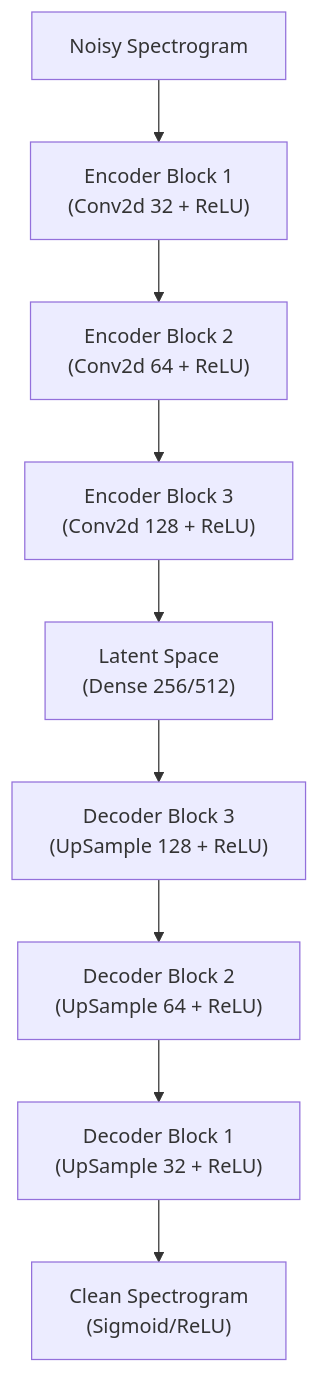
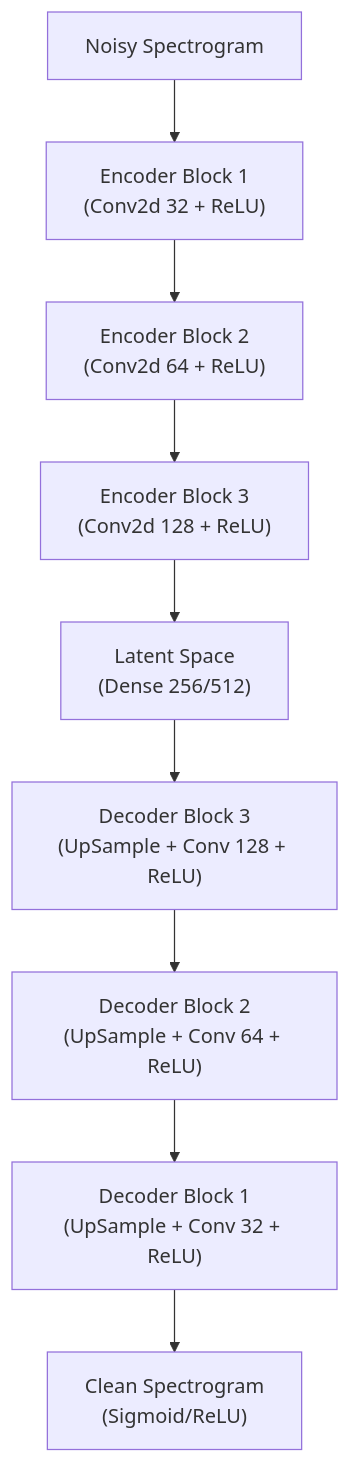
Before and after one commit to paulmziegler/BioCPPNet: the diagram in docs/BioCPPNet/Model_DAE.md, drawn with Mermaid. The commit also changed other lines of this file and 4 other files, not shown here.

````diff
--- a/docs/BioCPPNet/Model_DAE.md
+++ b/docs/BioCPPNet/Model_DAE.md
@@ -13,11 +13,11 @@
 ```mermaid
 flowchart TD
     Input["Noisy Spectrogram"] --> Enc1["Encoder Block 1<br>(Conv2d 32 + ReLU)"]
     Enc1 --> Enc2["Encoder Block 2<br>(Conv2d 64 + ReLU)"]
     Enc2 --> Enc3["Encoder Block 3<br>(Conv2d 128 + ReLU)"]
     Enc3 --> Bottleneck["Latent Space<br>(Dense 256/512)"]
-    Bottleneck --> Dec3["Decoder Block 3<br>(UpSample 128 + ReLU)"]
-    Dec3 --> Dec2["Decoder Block 2<br>(UpSample 64 + ReLU)"]
-    Dec2 --> Dec1["Decoder Block 1<br>(UpSample 32 + ReLU)"]
+    Bottleneck --> Dec3["Decoder Block 3<br>(UpSample + Conv 128 + ReLU)"]
+    Dec3 --> Dec2["Decoder Block 2<br>(UpSample + Conv 64 + ReLU)"]
+    Dec2 --> Dec1["Decoder Block 1<br>(UpSample + Conv 32 + ReLU)"]
     Dec1 --> Output["Clean Spectrogram<br>(Sigmoid/ReLU)"]
 ```
````
